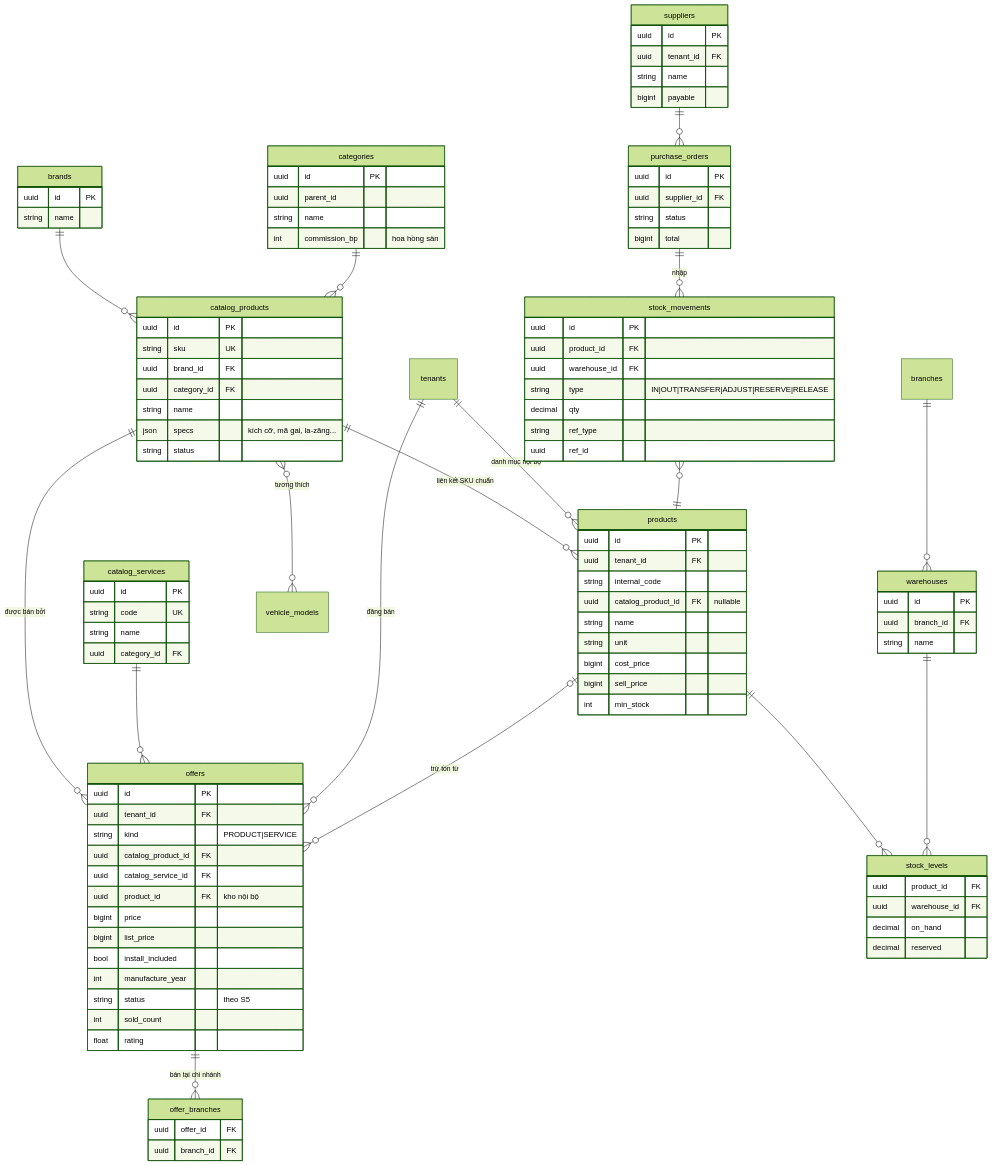
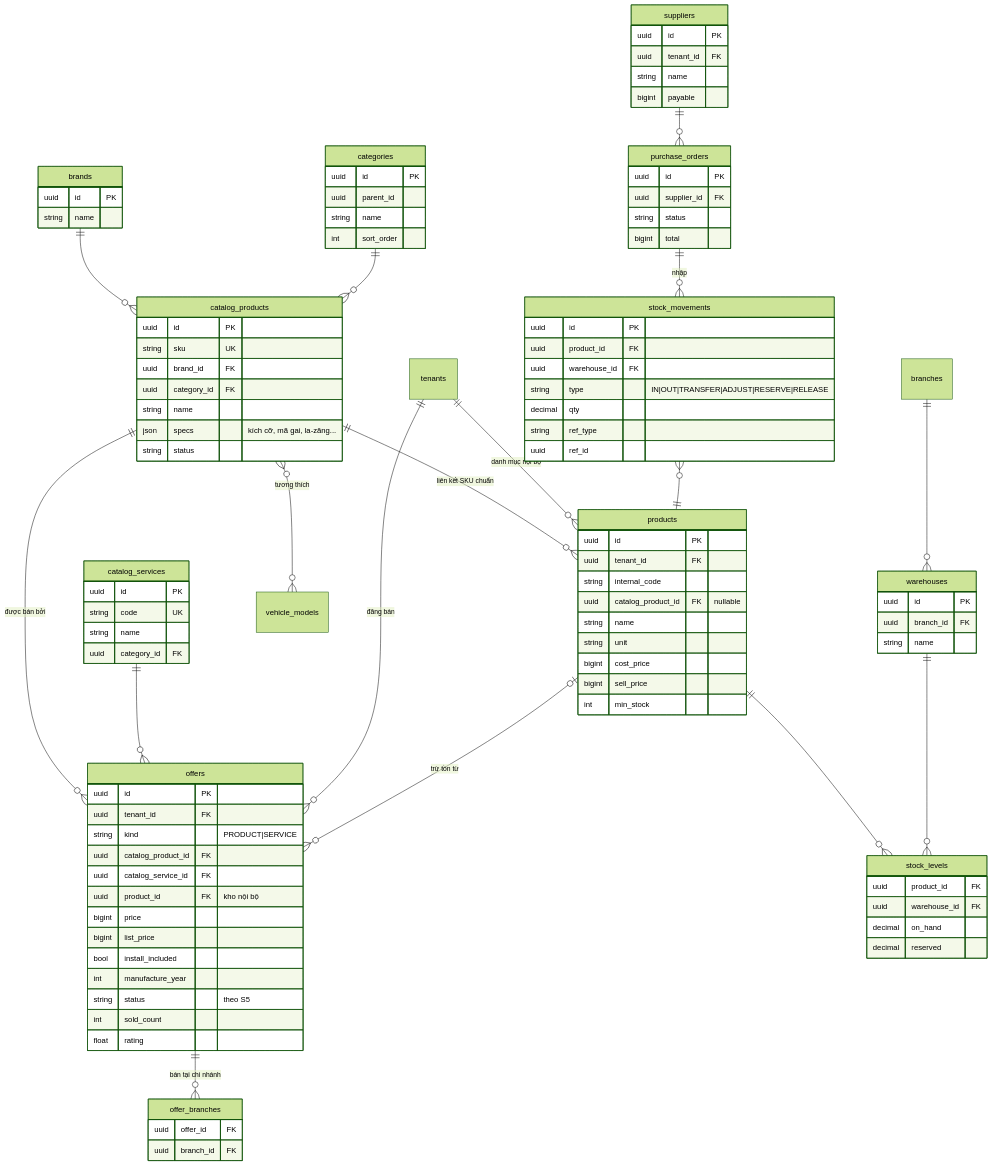
The third of 5 diagrams in docs/06-mo-hinh-du-lieu.md (south93/cardiy-crm), drawn with Mermaid (forest theme) before and after one commit. The commit also changed other lines of this file and 9 other files, not shown here.

```diff
--- a/docs/06-mo-hinh-du-lieu.md
+++ b/docs/06-mo-hinh-du-lieu.md
@@ -247,7 +246,7 @@
   categories { uuid id PK
     uuid parent_id
     string name
-    int commission_bp "hoa hồng sàn" }
+    int sort_order }
   products { uuid id PK
     uuid tenant_id FK
     string internal_code
```
